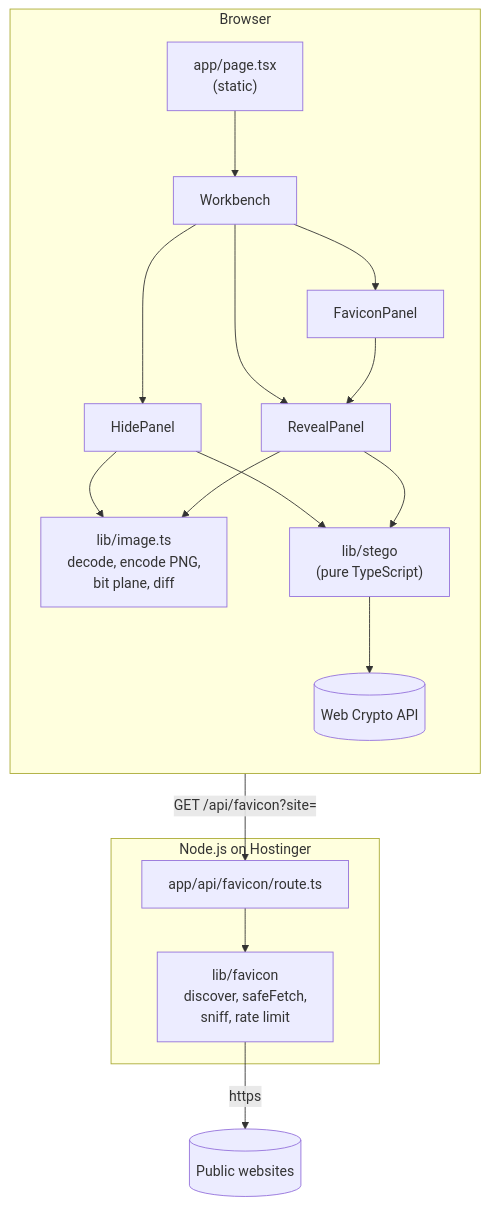
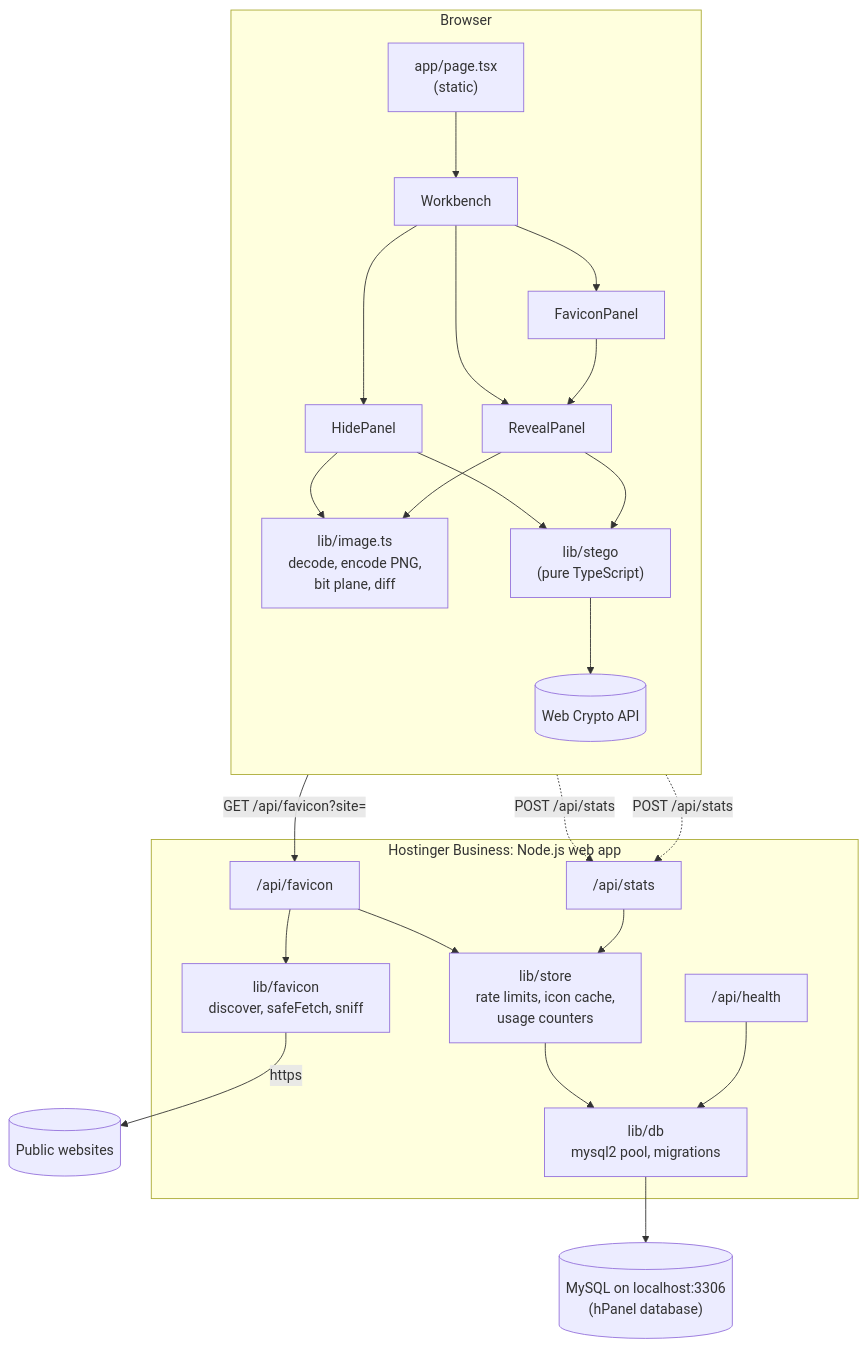
One commit to evansem/steganography changed the first of 4 diagrams in docs/architecture.md. Above: the diagram before and after it, drawn with Mermaid. The commit also changed other lines of this file and 7 other files, not shown here.

First line of the commit message:
Document hosting the app and its MySQL database on Hostinger Business

````diff
--- a/docs/architecture.md
+++ b/docs/architecture.md
@@ -7,17 +7,23 @@
 ```mermaid
 flowchart TB
   subgraph Browser
     direction TB
     Page["app/page.tsx<br/>(static)"] --> Workbench
     Workbench --> HidePanel & RevealPanel & FaviconPanel
     HidePanel & RevealPanel --> ImageIO["lib/image.ts<br/>decode, encode PNG,<br/>bit plane, diff"]
     HidePanel & RevealPanel --> Stego["lib/stego<br/>(pure TypeScript)"]
     Stego --> WebCrypto[(Web Crypto API)]
     FaviconPanel --> RevealPanel
   end
-  subgraph Server["Node.js on Hostinger"]
-    Route["app/api/favicon/route.ts"] --> Favicon["lib/favicon<br/>discover, safeFetch,<br/>sniff, rate limit"]
+  subgraph Server["Hostinger Business: Node.js web app"]
+    Route["/api/favicon"] --> Favicon["lib/favicon<br/>discover, safeFetch, sniff"]
+    Route & Stats["/api/stats"] --> Store["lib/store<br/>rate limits, icon cache,<br/>usage counters"]
+    Health["/api/health"] --> Db
+    Store --> Db["lib/db<br/>mysql2 pool, migrations"]
   end
+  DB[("MySQL on localhost:3306<br/>(hPanel database)")]
   FaviconPanel -- "GET /api/favicon?site=" --> Route
+  HidePanel & RevealPanel -.->|"POST /api/stats"| Stats
+  Db --> DB
   Favicon -- "https" --> Web[(Public websites)]
 ```
````
